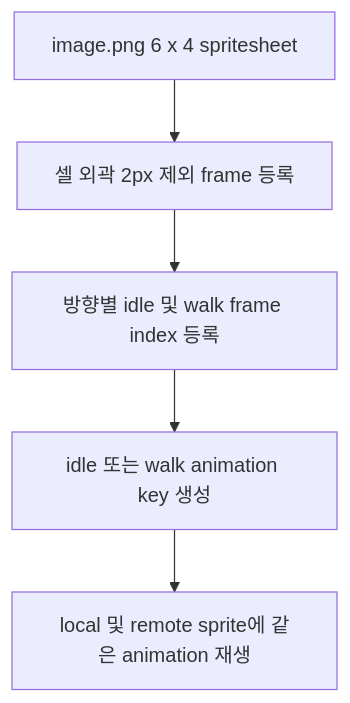
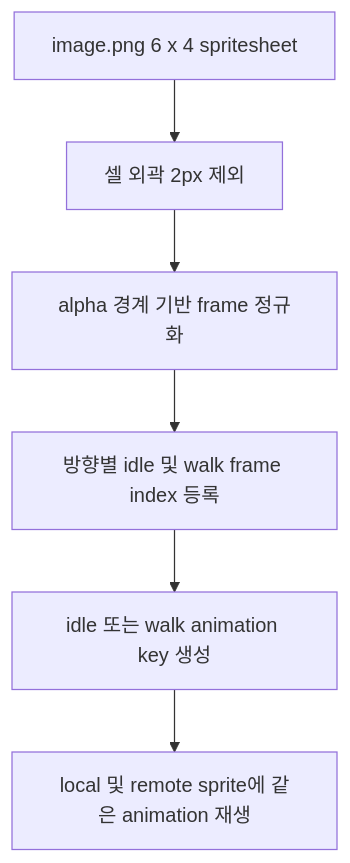
Before and after one commit to LIKELION2026/LIKELION2026: the second of 4 diagrams in docs/FEATURES/virtual-office/realtime-presence.md, drawn with Mermaid. The commit also changed other lines of this file and 1 other file, not shown here.

````diff
--- a/docs/FEATURES/virtual-office/realtime-presence.md
+++ b/docs/FEATURES/virtual-office/realtime-presence.md
@@ -20,7 +40,8 @@
 ```mermaid
 flowchart TD
-  A[image.png 6 x 4 spritesheet] --> B[셀 외곽 2px 제외 frame 등록]
-  B --> C[방향별 idle 및 walk frame index 등록]
-  C --> D[idle 또는 walk animation key 생성]
-  D --> E[local 및 remote sprite에 같은 animation 재생]
+  A[image.png 6 x 4 spritesheet] --> B[셀 외곽 2px 제외]
+  B --> C[alpha 경계 기반 frame 정규화]
+  C --> D[방향별 idle 및 walk frame index 등록]
+  D --> E[idle 또는 walk animation key 생성]
+  E --> F[local 및 remote sprite에 같은 animation 재생]
 ```
````
